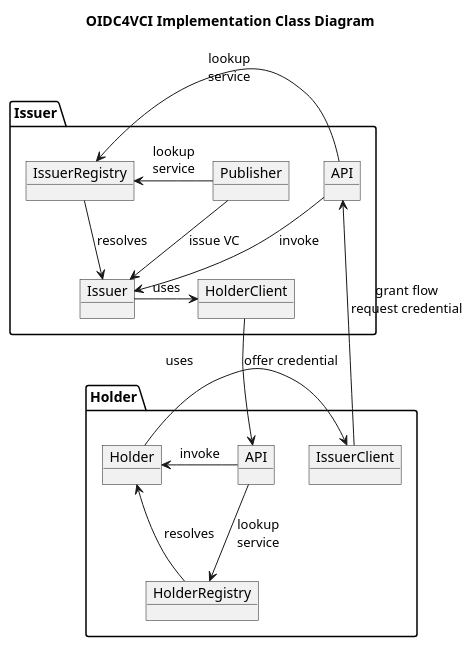
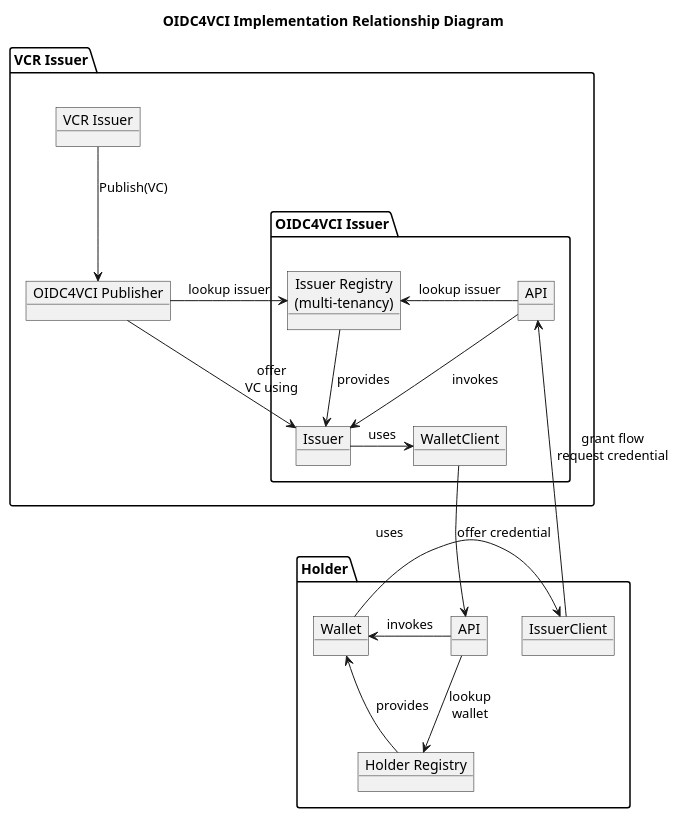
The diagram in vcr/oidc4vci/docs/technical-design-class-diagram.puml (nuts-foundation/nuts-node), drawn with PlantUML before and after one commit. The commit also changed 8 other files, not shown here.

```diff
--- a/vcr/oidc4vci/docs/technical-design-class-diagram.puml
+++ b/vcr/oidc4vci/docs/technical-design-class-diagram.puml
@@ -1,35 +1,38 @@
 @startuml
 'https://plantuml.com/object-diagram
 
-title OIDC4VCI Implementation Class Diagram
+title OIDC4VCI Implementation Relationship Diagram
 
-
-package Issuer {
-    object "Issuer" as IssuerService
-    object IssuerRegistry
-    object "API" as IssuerAPI
-    object HolderClient
-    object Publisher
+package "VCR Issuer" {
+    object "VCR Issuer" as VCRIssuer
+    object "OIDC4VCI Publisher" as Publisher
+    package "OIDC4VCI Issuer" {
+        object Issuer
+        object "Issuer Registry\n(multi-tenancy)" as IssuerRegistry
+        object "API" as IssuerAPI
+        object WalletClient
+    }
 }
 
 package Holder {
-    object "Holder" as HolderService
-    object HolderRegistry
+    object Wallet
+    object "Holder Registry" as HolderRegistry
     object "API" as HolderAPI
     object IssuerClient
 }
 
-Publisher->IssuerRegistry : lookup\nservice
-Publisher->IssuerService : issue VC
-IssuerRegistry-down->IssuerService : resolves
-IssuerService->HolderClient : uses
-IssuerAPI->IssuerRegistry : lookup\nservice
-IssuerAPI->IssuerService : invoke
-HolderClient -down-> HolderAPI : offer credential
+VCRIssuer -down-> Publisher : Publish(VC)
+Publisher->IssuerRegistry : lookup issuer
+Publisher->Issuer : offer\nVC using
+IssuerRegistry-down->Issuer : provides
+Issuer->WalletClient : uses
+IssuerAPI->IssuerRegistry : lookup issuer
+IssuerAPI->Issuer : invokes
+WalletClient -down-> HolderAPI : offer credential
 
-HolderAPI -down-> HolderRegistry : lookup\nservice
-HolderAPI -left-> HolderService : invoke
-HolderRegistry -> HolderService : resolves
-HolderService -> IssuerClient : uses
+HolderAPI -down-> HolderRegistry : lookup\nwallet
+HolderAPI -left-> Wallet : invokes
+HolderRegistry -> Wallet : provides
+Wallet -> IssuerClient : uses
 IssuerClient -> IssuerAPI : grant flow\nrequest credential
 @enduml
```
